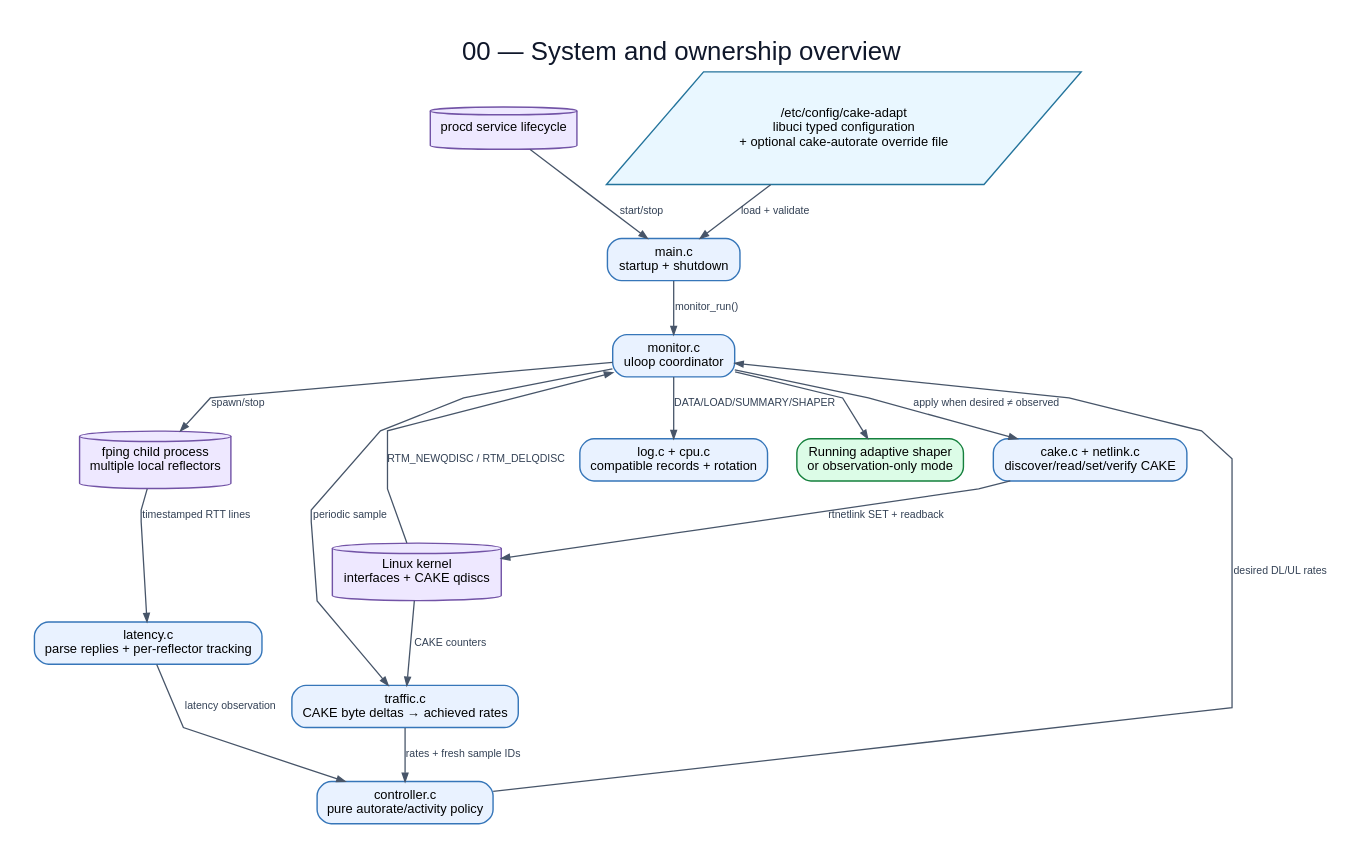
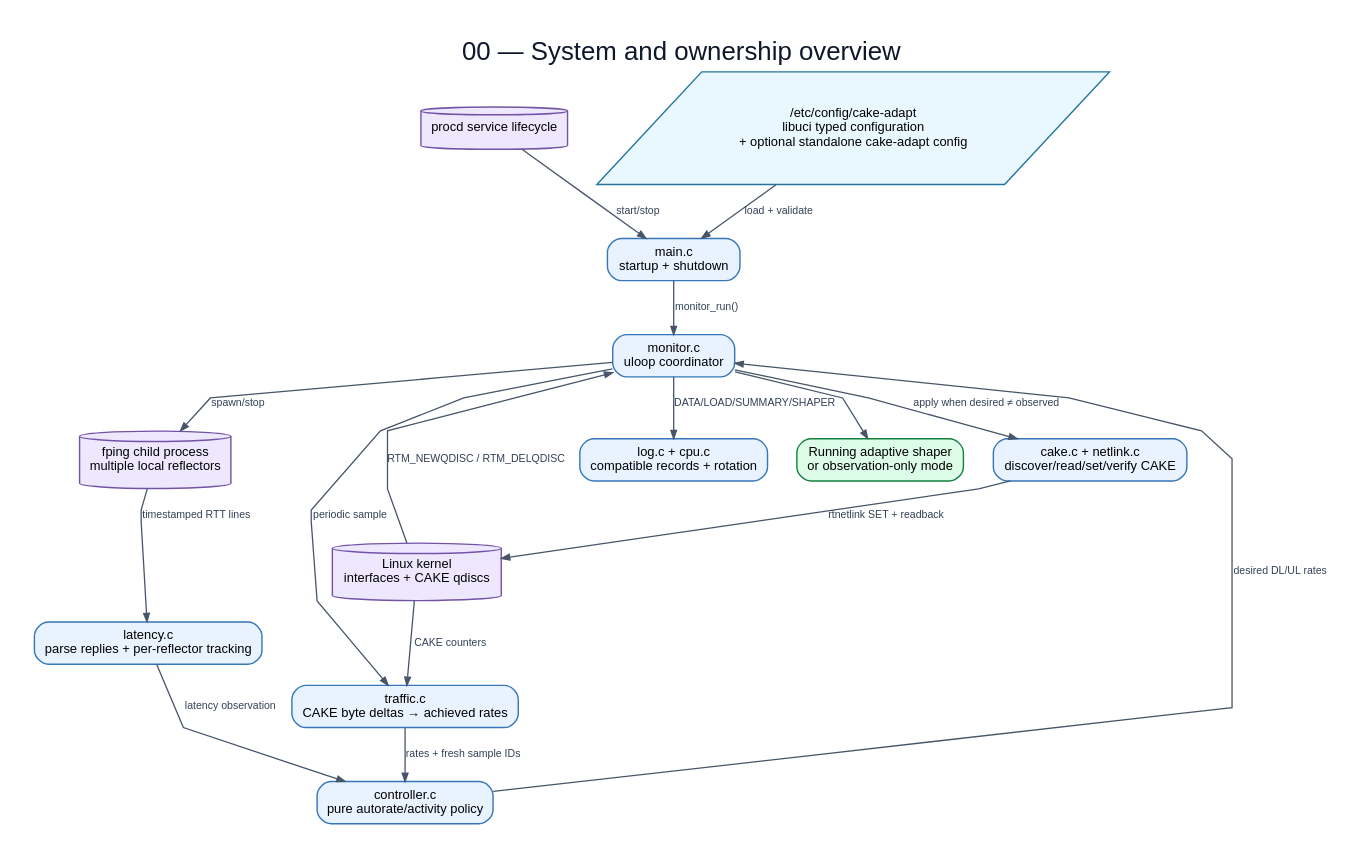
The diagram in flowchart/diagrams/00-system-overview.dot (huydoan94/cake-adapt), drawn with Graphviz before and after one commit. The commit also changed 6 other files, not shown here.

```diff
--- a/flowchart/diagrams/00-system-overview.dot
+++ b/flowchart/diagrams/00-system-overview.dot
@@ -1,32 +1,32 @@
 digraph G {
   graph [rankdir=TB,bgcolor="white",pad="0.30",nodesep="0.35",ranksep="0.48",splines=polyline,fontname="Arial",label="00 — System and ownership overview",labelloc=t,fontsize=22,fontcolor="#0f172a"];
   node [fontname="Arial",fontsize=11,margin="0.14,0.09",penwidth=1.2];
   edge [fontname="Arial",fontsize=9,color="#475569",fontcolor="#334155",arrowsize=0.7,penwidth=1.1];
   procd [label="procd service lifecycle",shape=cylinder,style="filled",fillcolor="#eee8ff",color="#7253a6"];
-  uci [label="/etc/config/cake-adapt\nlibuci typed configuration\n+ optional cake-autorate override file",shape=parallelogram,style="filled",fillcolor="#e9f7ff",color="#24749c"];
+  uci [label="/etc/config/cake-adapt\nlibuci typed configuration\n+ optional standalone cake-adapt config",shape=parallelogram,style="filled",fillcolor="#e9f7ff",color="#24749c"];
   main [label="main.c\nstartup + shutdown",shape=box,style="rounded,filled",fillcolor="#e9f2ff",color="#3676b9"];
   monitor [label="monitor.c\nuloop coordinator",shape=box,style="rounded,filled",fillcolor="#e9f2ff",color="#3676b9"];
   kernel [label="Linux kernel\ninterfaces + CAKE qdiscs",shape=cylinder,style="filled",fillcolor="#eee8ff",color="#7253a6"];
   traffic [label="traffic.c\nCAKE byte deltas → achieved rates",shape=box,style="rounded,filled",fillcolor="#e9f2ff",color="#3676b9"];
   fping [label="fping child process\nmultiple local reflectors",shape=cylinder,style="filled",fillcolor="#eee8ff",color="#7253a6"];
   latency [label="latency.c\nparse replies + per-reflector tracking",shape=box,style="rounded,filled",fillcolor="#e9f2ff",color="#3676b9"];
   controller [label="controller.c\npure autorate/activity policy",shape=box,style="rounded,filled",fillcolor="#e9f2ff",color="#3676b9"];
   cake [label="cake.c + netlink.c\ndiscover/read/set/verify CAKE",shape=box,style="rounded,filled",fillcolor="#e9f2ff",color="#3676b9"];
   logging [label="log.c + cpu.c\ncompatible records + rotation",shape=box,style="rounded,filled",fillcolor="#e9f2ff",color="#3676b9"];
   result [label="Running adaptive shaper\nor observation-only mode",shape=box,style="rounded,filled,bold",fillcolor="#dcfce7",color="#15803d"];
   procd -> main [label="start/stop"];
   uci -> main [label="load + validate"];
   main -> monitor [label="monitor_run()"];
   kernel -> traffic [label="CAKE counters"];
   monitor -> traffic [label="periodic sample"];
   monitor -> fping [label="spawn/stop"];
   fping -> latency [label="timestamped RTT lines"];
   latency -> controller [label="latency observation"];
   traffic -> controller [label="rates + fresh sample IDs"];
   controller -> monitor [label="desired DL/UL rates"];
   monitor -> cake [label="apply when desired ≠ observed"];
   cake -> kernel [label="rtnetlink SET + readback"];
   monitor -> logging [label="DATA/LOAD/SUMMARY/SHAPER"];
   monitor -> result;
   kernel -> monitor [label="RTM_NEWQDISC / RTM_DELQDISC"];
 }
```
